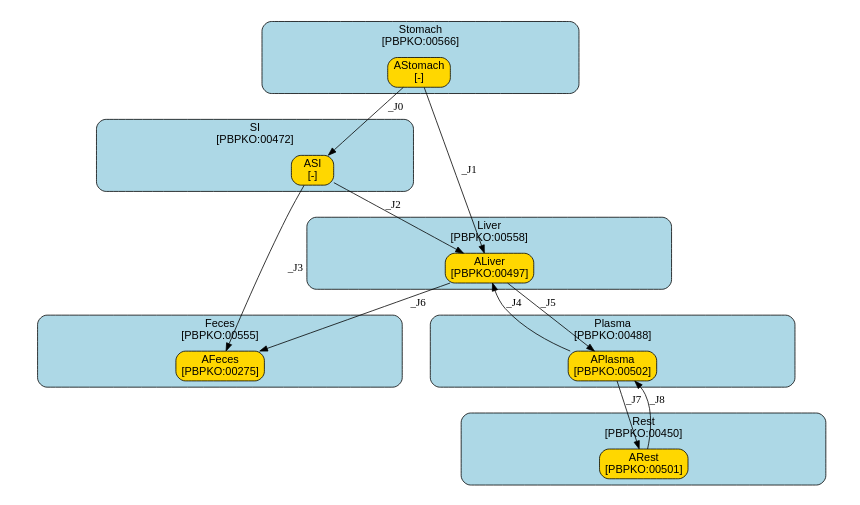
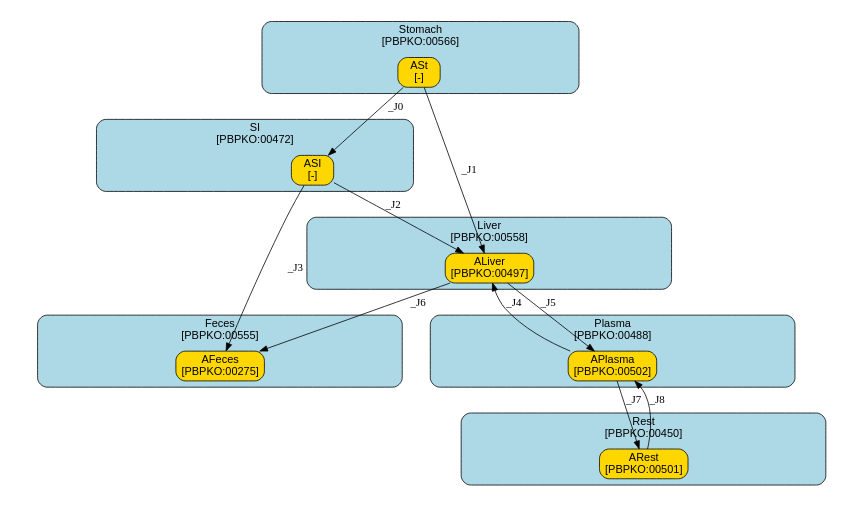
The diagram in models/oral/PFAS/Worley/summary.dot (fair-pbk/exposure-route-pbk-models), drawn with Graphviz before and after one commit. The commit also changed 188 other files, not shown here.

```diff
--- a/models/oral/PFAS/Worley/summary.dot
+++ b/models/oral/PFAS/Worley/summary.dot
@@ -1,123 +1,123 @@
 digraph {
 	graph [ratio=fill,
 		size="7,4"
 	];
 	node [fontname=Arial];
 	subgraph cluster_Stomach {
 		graph [color=black,
 			fillcolor=lightblue,
 			fontname=Arial,
 			href="#compartment-Stomach",
 			label="Stomach
 [PBPKO:00566]",
 			shape=box,
 			style="filled,rounded"
 		];
-		AStomach	[color=black,
+		ASt	[color=black,
 			fillcolor=gold,
-			href="#species-AStomach",
-			label="AStomach
+			href="#species-ASt",
+			label="ASt
 [-]",
 			shape=box,
 			style="filled,rounded"];
 	}
 	subgraph cluster_SI {
 		graph [color=black,
 			fillcolor=lightblue,
 			fontname=Arial,
 			href="#compartment-SI",
 			label="SI
 [PBPKO:00472]",
 			shape=box,
 			style="filled,rounded"
 		];
 		ASI	[color=black,
 			fillcolor=gold,
 			href="#species-ASI",
 			label="ASI
 [-]",
 			shape=box,
 			style="filled,rounded"];
 	}
 	subgraph cluster_Liver {
 		graph [color=black,
 			fillcolor=lightblue,
 			fontname=Arial,
 			href="#compartment-Liver",
 			label="Liver
 [PBPKO:00558]",
 			shape=box,
 			style="filled,rounded"
 		];
 		ALiver	[color=black,
 			fillcolor=gold,
 			href="#species-ALiver",
 			label="ALiver
 [PBPKO:00497]",
 			shape=box,
 			style="filled,rounded"];
 	}
 	subgraph cluster_Plasma {
 		graph [color=black,
 			fillcolor=lightblue,
 			fontname=Arial,
 			href="#compartment-Plasma",
 			label="Plasma
 [PBPKO:00488]",
 			shape=box,
 			style="filled,rounded"
 		];
 		APlasma	[color=black,
 			fillcolor=gold,
 			href="#species-APlasma",
 			label="APlasma
 [PBPKO:00502]",
 			shape=box,
 			style="filled,rounded"];
 	}
 	subgraph cluster_Rest {
 		graph [color=black,
 			fillcolor=lightblue,
 			fontname=Arial,
 			href="#compartment-Rest",
 			label="Rest
 [PBPKO:00450]",
 			shape=box,
 			style="filled,rounded"
 		];
 		ARest	[color=black,
 			fillcolor=gold,
 			href="#species-ARest",
 			label="ARest
 [PBPKO:00501]",
 			shape=box,
 			style="filled,rounded"];
 	}
 	subgraph cluster_Feces {
 		graph [color=black,
 			fillcolor=lightblue,
 			fontname=Arial,
 			href="#compartment-Feces",
 			label="Feces
 [PBPKO:00555]",
 			shape=box,
 			style="filled,rounded"
 		];
 		AFeces	[color=black,
 			fillcolor=gold,
 			href="#species-AFeces",
 			label="AFeces
 [PBPKO:00275]",
 			shape=box,
 			style="filled,rounded"];
 	}
-	AStomach -> ASI	[label=_J0];
-	AStomach -> ALiver	[label=_J1];
+	ASt -> ASI	[label=_J0];
+	ASt -> ALiver	[label=_J1];
 	ASI -> ALiver	[label=_J2];
 	ASI -> AFeces	[label=_J3];
 	ALiver -> APlasma	[label=_J5];
 	ALiver -> AFeces	[label=_J6];
 	APlasma -> ALiver	[label=_J4];
 	APlasma -> ARest	[label=_J7];
 	ARest -> APlasma	[label=_J8];
 }
```
